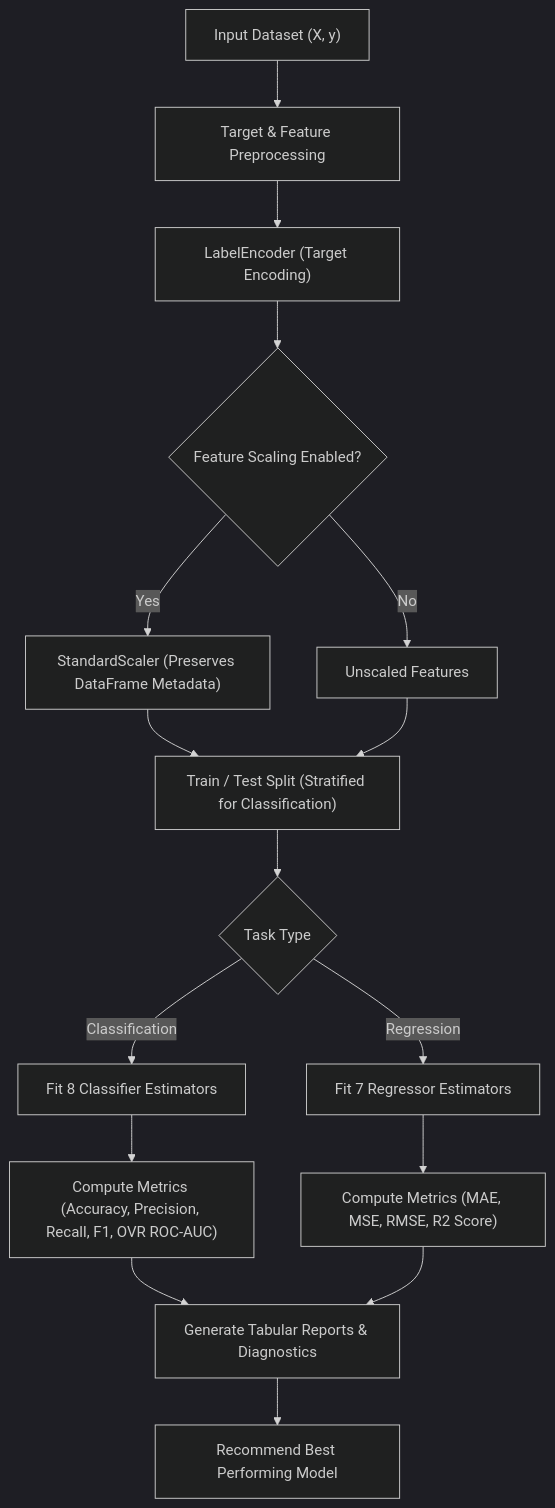
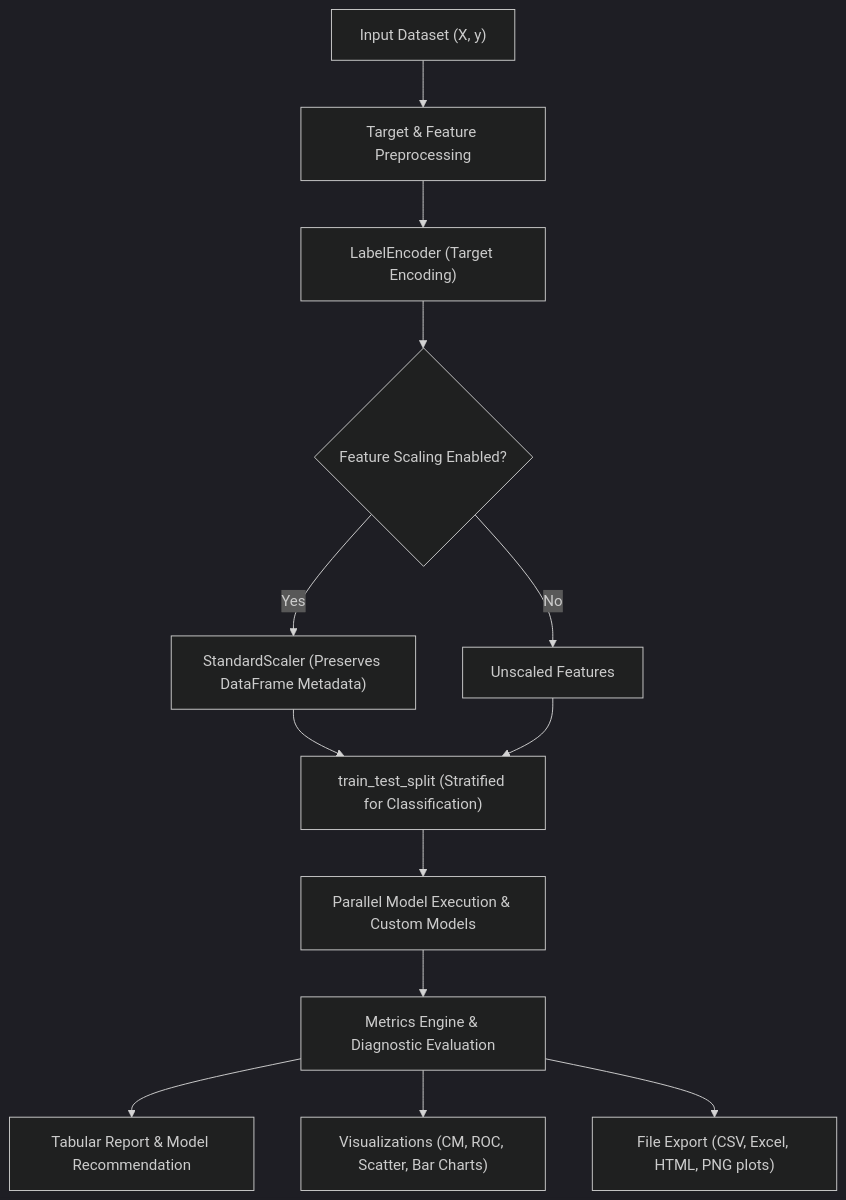
One commit to udityamerit/Multimodel-Analysis-Pacakge changed the diagram in readme.md. Above: the diagram before and after it, drawn with Mermaid (dark theme). The commit also changed other lines of this file and 21 other files, not shown here.

````diff
--- a/readme.md
+++ b/readme.md
@@ -52,26 +54,21 @@
 ```mermaid
 flowchart TD
     InputData["Input Dataset (X, y)"] --> DataPrep["Target & Feature Preprocessing"]
     
     DataPrep --> Encoder["LabelEncoder (Target Encoding)"]
     Encoder --> ScalingCheck{"Feature Scaling Enabled?"}
     
     ScalingCheck -- Yes --> Scaler["StandardScaler (Preserves DataFrame Metadata)"]
     ScalingCheck -- No --> RawFeatures["Unscaled Features"]
     
-    Scaler --> Split["Train / Test Split (Stratified for Classification)"]
+    Scaler --> Split["train_test_split (Stratified for Classification)"]
     RawFeatures --> Split
     
-    Split --> TaskCheck{"Task Type"}
+    Split --> ModelExecution["Parallel Model Execution & Custom Models"]
     
-    TaskCheck -- Classification --> Classifiers["Fit 8 Classifier Estimators"]
-    TaskCheck -- Regression --> Regressors["Fit 7 Regressor Estimators"]
+    ModelExecution --> MetricsEngine["Metrics Engine & Diagnostic Evaluation"]
     
-    Classifiers --> ClassMetrics["Compute Metrics (Accuracy, Precision, Recall, F1, OVR ROC-AUC)"]
-    Regressors --> RegMetrics["Compute Metrics (MAE, MSE, RMSE, R2 Score)"]
-    
-    ClassMetrics --> Reports["Generate Tabular Reports & Diagnostics"]
-    RegMetrics --> Reports
-    
-    Reports --> Recommendation["Recommend Best Performing Model"]
+    MetricsEngine --> TabularReport["Tabular Report & Model Recommendation"]
+    MetricsEngine --> Visualizations["Visualizations (CM, ROC, Scatter, Bar Charts)"]
+    MetricsEngine --> FileExport["File Export (CSV, Excel, HTML, PNG plots)"]
 ```
````
